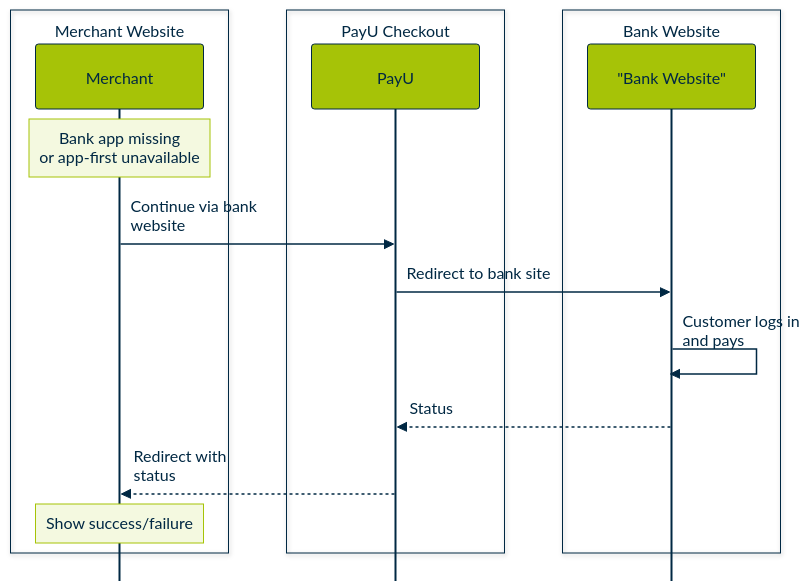
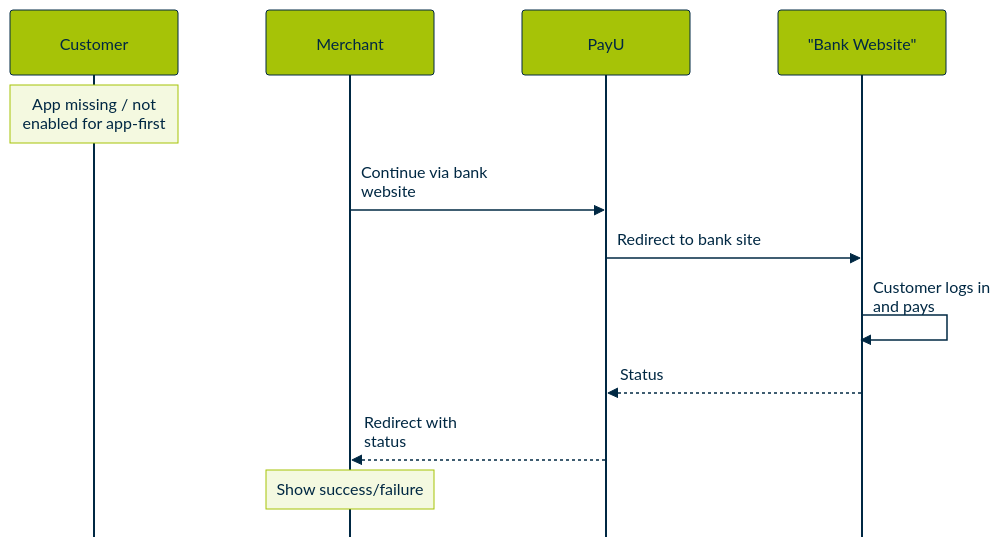
Before and after one commit to payu-india/CMS-Chatbot: the third of 5 diagrams in docs/Offerings/banking-connect-ibmb-or-nbbl/nbbl-overview.md, drawn with Mermaid. The commit also changed other lines of this file, not shown here.

Commit message:
Updated "NBBL Overview with Merchant Hosted" in docs

````diff
--- a/docs/Offerings/banking-connect-ibmb-or-nbbl/nbbl-overview.md
+++ b/docs/Offerings/banking-connect-ibmb-or-nbbl/nbbl-overview.md
@@ -173,64 +170,59 @@
 ```mermaid
 %%{init: {
   "theme": "base",
   "sequence": {
     "mirrorActors": false,
     "rightAngles": true,
     "messageAlign": "left",
     "fontSize": 10,
     "actorFontSize": 10,
     "noteFontSize": 10,
     "actorMargin": 88,
     "width": 168,
     "boxMargin": 10,
     "messageMargin": 38,
     "diagramMarginX": 60,
     "diagramMarginY": 18
   },
   "themeVariables": {
     "fontFamily": "Arial, Helvetica, sans-serif",
     "fontSize": "10px",
     "background": "#FFFFFF",
     "primaryColor": "#A6C307",
     "primaryTextColor": "#002843",
     "primaryBorderColor": "#002843",
     "secondaryColor": "#F4F9E0",
     "lineColor": "#002843",
     "textColor": "#002843",
     "actorBkg": "#A6C307",
     "actorBorder": "#002843",
     "actorTextColor": "#002843",
     "actorLineColor": "#002843",
     "signalColor": "#002843",
     "signalTextColor": "#002843",
     "labelBoxBkgColor": "#F4F9E0",
     "labelBoxBorderColor": "#A6C307",
     "noteBkgColor": "#F4F9E0",
     "noteTextColor": "#002843",
     "noteBorderColor": "#A6C307",
     "activationBkgColor": "#E8F0C4",
     "activationBorderColor": "#002843"
   }
 }}%%
 sequenceDiagram
-    box Merchant Website
-        participant Merchant
-    end
-    box PayU Checkout
-        participant PayU
-    end
-    box Bank Website
-        participant Bank as "Bank Website"
-    end
+    participant Customer
+    participant Merchant
+    participant PayU
+    participant Bank as "Bank Website"
 
-    Note over Merchant: Bank app missing<br/>or app-first unavailable
+    Note over Customer: App missing / not<br/>enabled for app-first
 
     Merchant->>PayU: Continue via bank<br/>website
     PayU->>Bank: Redirect to bank site
 
     Bank->>Bank: Customer logs in<br/>and pays
     Bank-->>PayU: Status
 
     PayU-->>Merchant: Redirect with<br/>status
     Note over Merchant: Show success/failure
 ```
````
